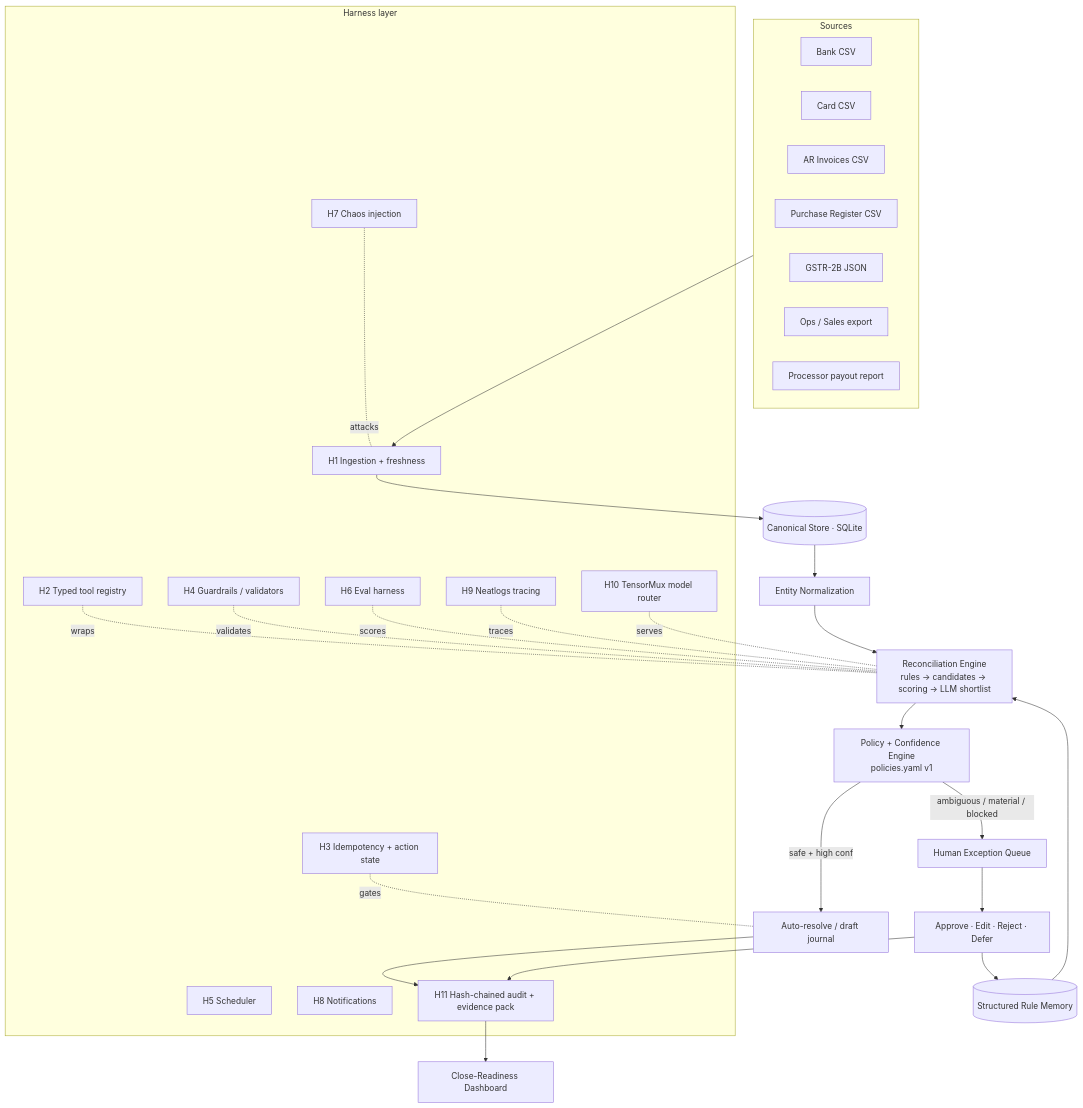
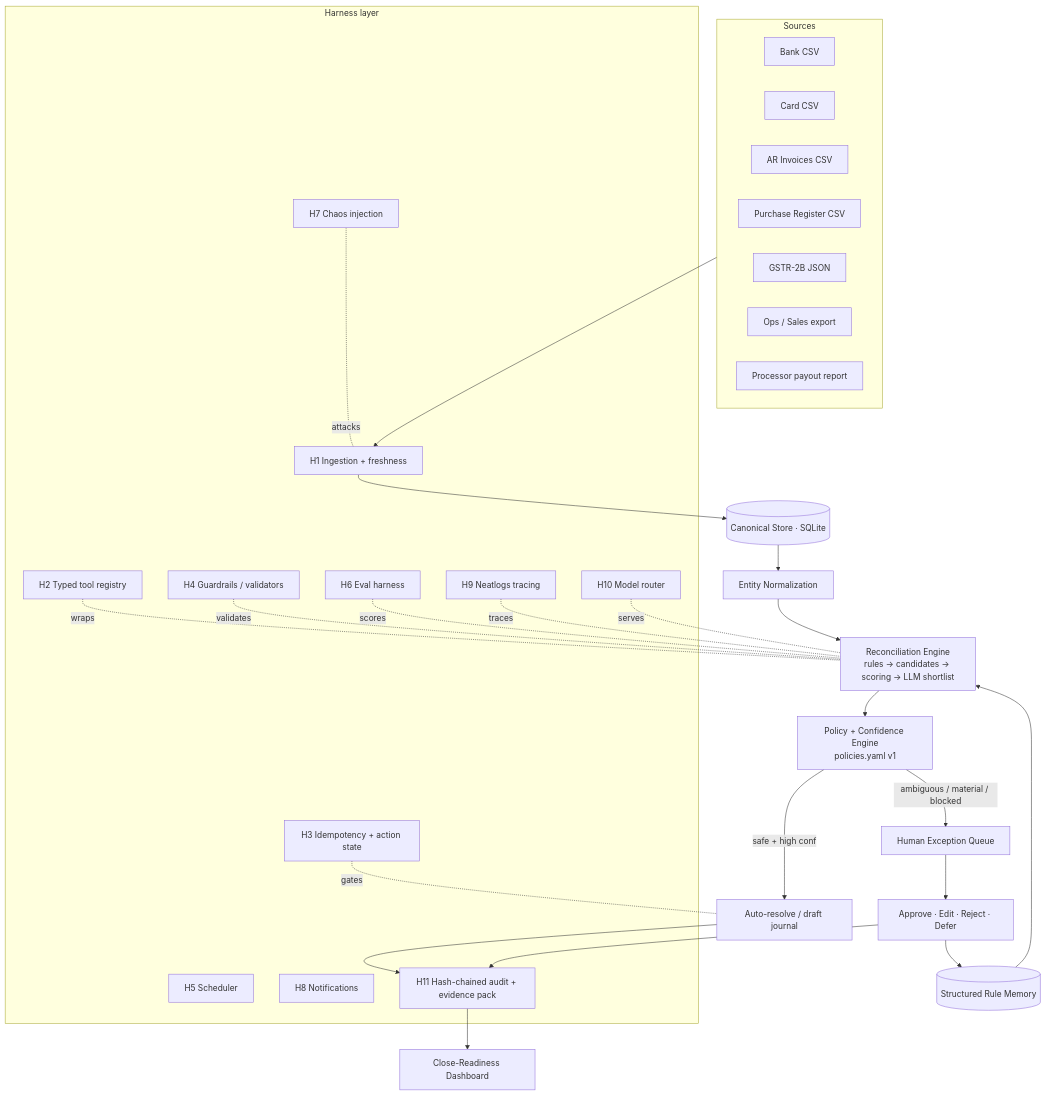
One commit to PrabhatChandraDwivedi/syndicateHackathon changed the first of 2 diagrams in ARCHITECTURE.md. Above: the diagram before and after it, drawn with Mermaid. The commit also changed other lines of this file, not shown here.

Commit message:
docs: rename H10 to model router now that it spans two providers
Claude-Session: https://claude.ai/code/session_01QgBSp3hYjnyFcPoEfebmUa

````diff
--- a/ARCHITECTURE.md
+++ b/ARCHITECTURE.md
@@ -72,49 +72,49 @@
 ```mermaid
 flowchart TB
     subgraph SRC["Sources"]
       S1[Bank CSV]
       S2[Card CSV]
       S3[AR Invoices CSV]
       S4[Purchase Register CSV]
       S5[GSTR-2B JSON]
       S6[Ops / Sales export]
       S7["Processor payout report"]
     end
 
     subgraph HARNESS["Harness layer"]
       ING[H1 Ingestion + freshness]
       TOOL[H2 Typed tool registry]
       IDEM[H3 Idempotency + action state]
       GUARD[H4 Guardrails / validators]
       SCHED[H5 Scheduler]
       EVAL[H6 Eval harness]
       CHAOS[H7 Chaos injection]
       NOTIF[H8 Notifications]
       OBS[H9 Neatlogs tracing]
-      LLM[H10 TensorMux model router]
+      LLM[H10 Model router]
       AUD[H11 Hash-chained audit + evidence pack]
     end
 
     SRC --> ING --> CAN[(Canonical Store · SQLite)]
 
     CAN --> NORM[Entity Normalization]
     NORM --> ENG[Reconciliation Engine<br/>rules → candidates → scoring → LLM shortlist]
     MEM[(Structured Rule Memory)] --> ENG
     ENG --> POL[Policy + Confidence Engine<br/>policies.yaml v1]
 
     POL -->|safe + high conf| AUTO[Auto-resolve / draft journal]
     POL -->|ambiguous / material / blocked| HQ[Human Exception Queue]
     HQ --> DEC[Approve · Edit · Reject · Defer]
     DEC --> MEM
     AUTO --> AUD
     DEC --> AUD
     AUD --> CLOSE[Close-Readiness Dashboard]
 
     TOOL -.wraps.- ENG
     GUARD -.validates.- ENG
     LLM -.serves.- ENG
     OBS -.traces.- ENG
     IDEM -.gates.- AUTO
     EVAL -.scores.- ENG
     CHAOS -.attacks.- ING
 ```
````
